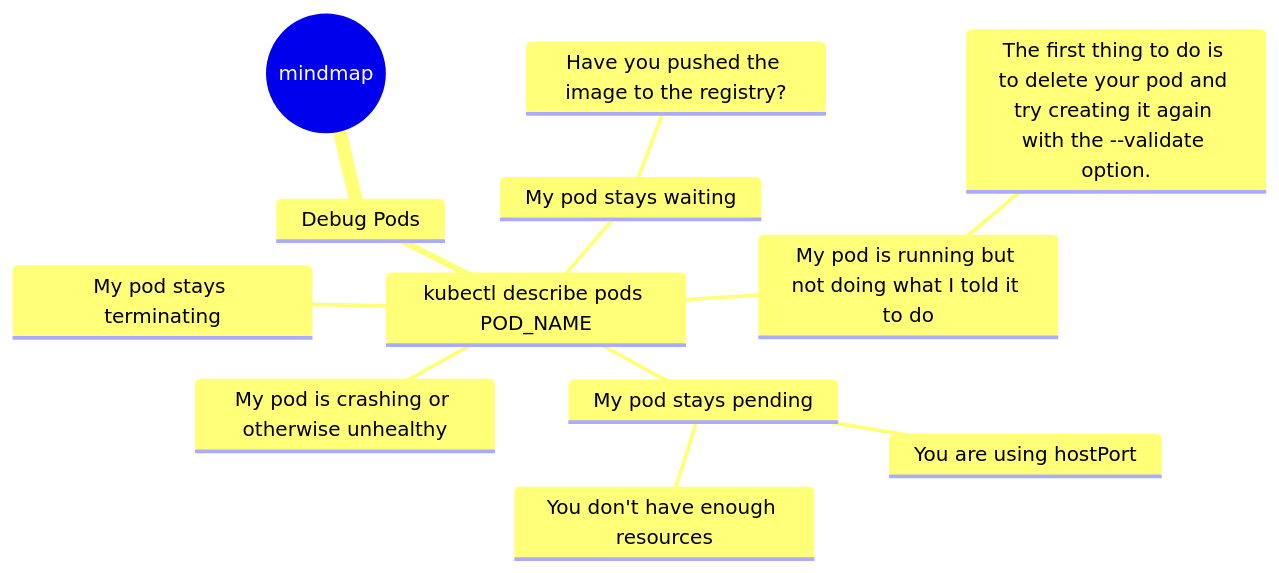
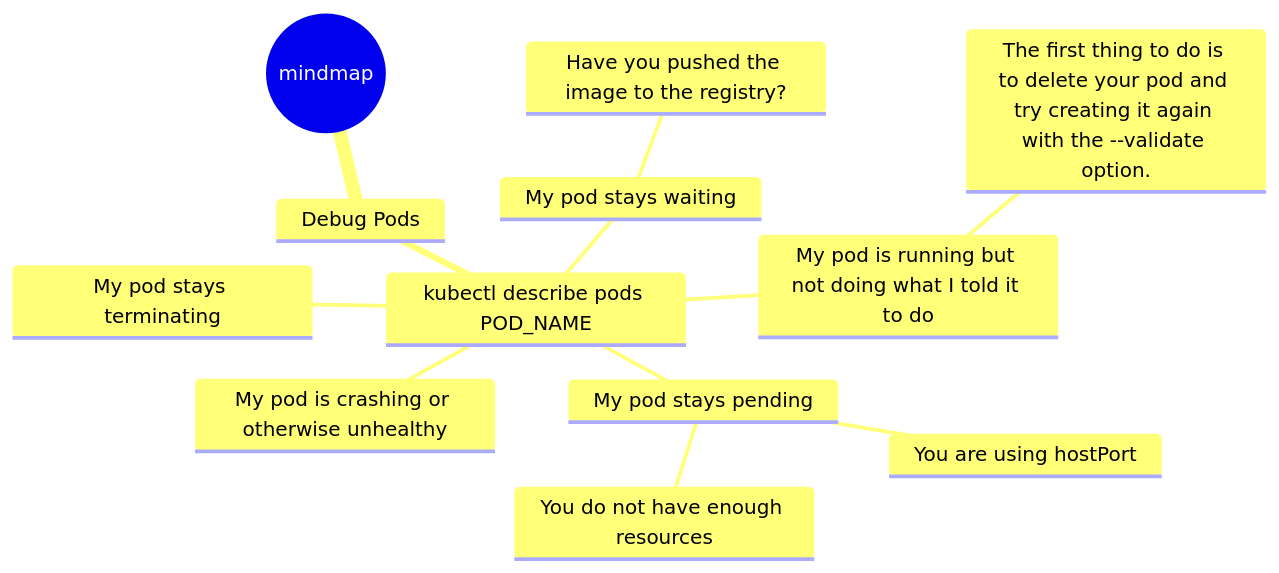
Before and after one commit to andriisoldatenko/asoldatenko.org: the diagram in content/en/posts/debugging-inside-k8s-env.md, drawn with Mermaid. The commit also changed 1 other file, not shown here.

Commit message:
add mermind diagrams

````diff
--- a/content/en/posts/debugging-inside-k8s-env.md
+++ b/content/en/posts/debugging-inside-k8s-env.md
@@ -65,15 +65,15 @@
 ```mermaid
 mindmap
   root((mindmap))
     Debug Pods
       kubectl describe pods POD_NAME
         My pod stays pending
-            You don't have enough resources
+            You do not have enough resources
             You are using hostPort
         My pod stays waiting
             Have you pushed the image to the registry?
         My pod stays terminating
         My pod is crashing or otherwise unhealthy
         My pod is running but not doing what I told it to do
             The first thing to do is to delete your pod and try creating it again with the --validate option.
 ```
````
